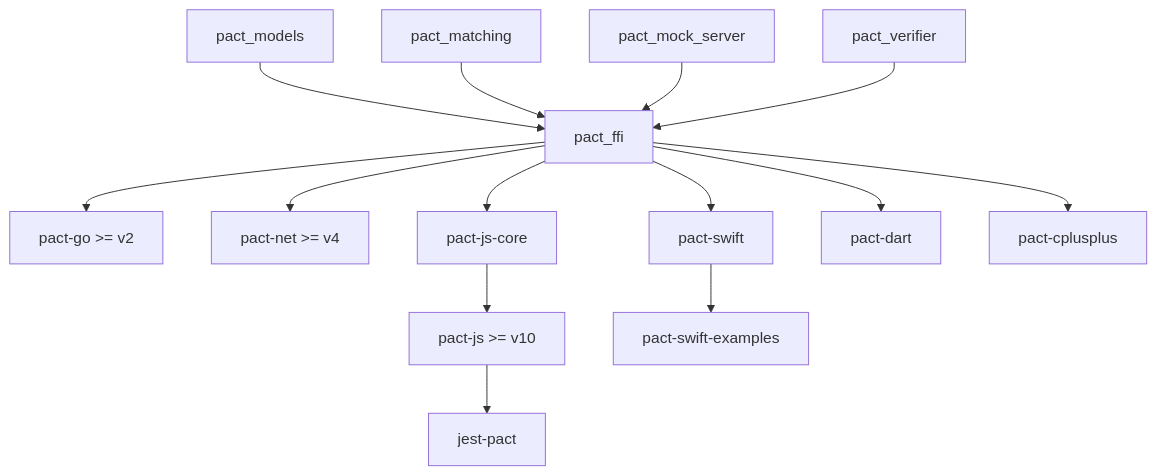
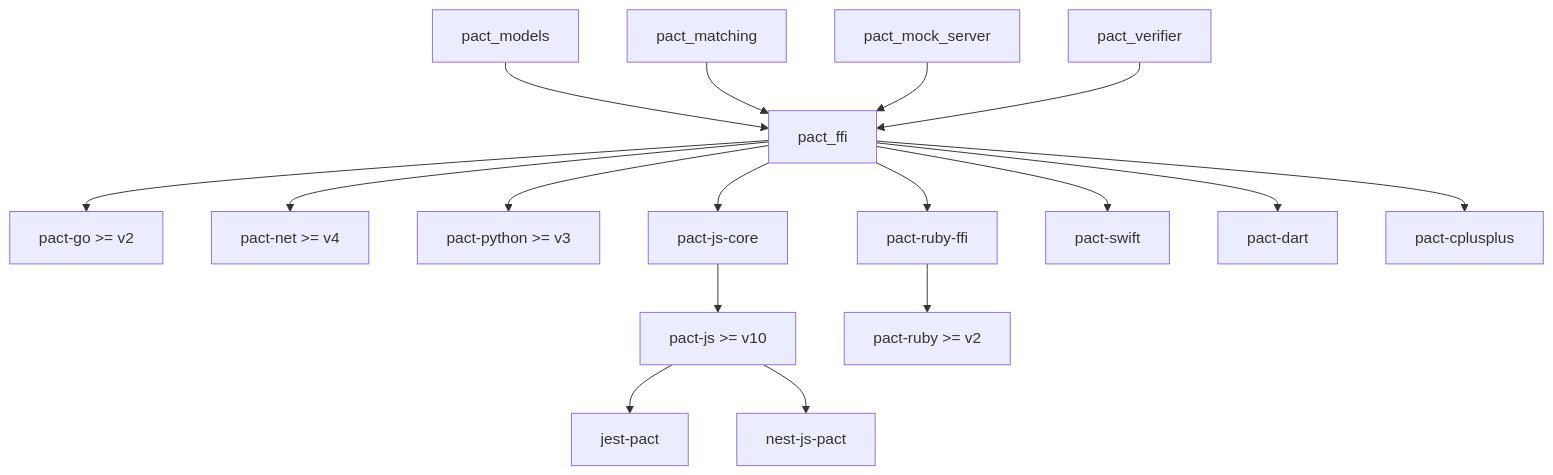
One commit to pact-foundation/docs.pact.io changed the third of 6 diagrams in website/docs/diagrams/ecosystem.md. Above: the diagram before and after it, drawn with Mermaid. The commit also changed other lines of this file, not shown here.

Commit message:
docs: update rust/ruby ecosystem docs (#400)

````diff
--- a/website/docs/diagrams/ecosystem.md
+++ b/website/docs/diagrams/ecosystem.md
@@ -157,17 +80,23 @@
 ```mermaid
 graph TD;
     pact-js-rust["pact-js >= v10"];
     pact-go-rust["pact-go >= v2"];
     pact-net-rust["pact-net >= v4"];
+    pact-python-rust["pact-python >= v3"];
+    pact-ruby-ffi["pact-ruby-ffi"];
+    pact-ruby["pact-ruby >= v2"];
     pact_models-->pact_ffi;
     pact_matching-->pact_ffi;
     pact_mock_server-->pact_ffi;
     pact_verifier-->pact_ffi;
     pact_ffi-->pact-js-core-->pact-js-rust;
     pact-js-rust-->jest-pact;
+    pact-js-rust-->nest-js-pact;
     pact_ffi-->pact-net-rust;
     pact_ffi-->pact-go-rust;
-    pact_ffi-->pact-swift-->pact-swift-examples;
+    pact_ffi-->pact-swift;
     pact_ffi-->pact-dart;
     pact_ffi-->pact-cplusplus;
+    pact_ffi-->pact-python-rust;
+    pact_ffi-->pact-ruby-ffi-->pact-ruby;
 ```
````
